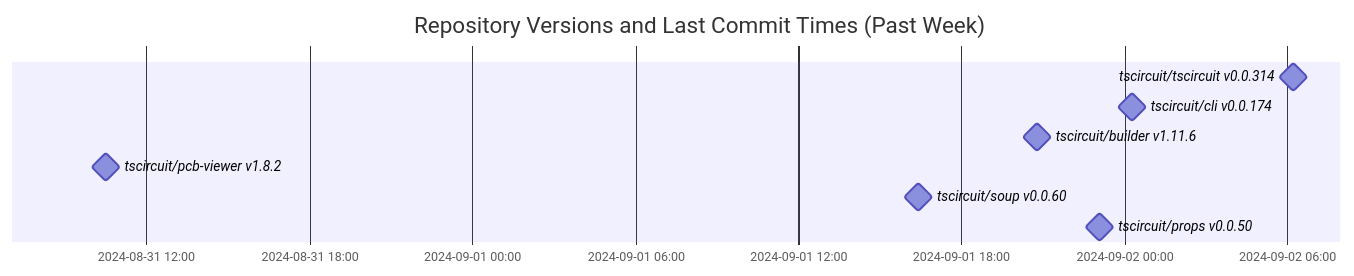
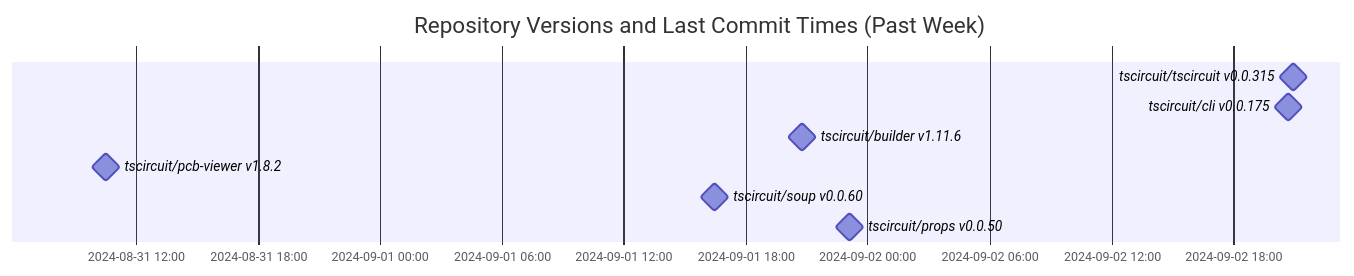
The diagram in README.md (tscircuit/version-tracker), drawn with Mermaid before and after one commit.

Commit message:
Update chart

````diff
--- a/README.md
+++ b/README.md
@@ -1,13 +1,13 @@
 ```mermaid
 gantt
   dateFormat  YYYY-MM-DD HH:mm:ss
   title Repository Versions and Last Commit Times (Past Week)
   axisFormat %Y-%m-%d %H:%M
 
-  tscircuit/tscircuit v0.0.314 : milestone, 2024-09-02 06:13:14, 1s
-  tscircuit/cli v0.0.174 : milestone, 2024-09-02 00:17:46, 1s
+  tscircuit/tscircuit v0.0.315 : milestone, 2024-09-02 20:56:47, 1s
+  tscircuit/cli v0.0.175 : milestone, 2024-09-02 20:42:15, 1s
   tscircuit/builder v1.11.6 : milestone, 2024-09-01 20:47:46, 1s
   tscircuit/pcb-viewer v1.8.2 : milestone, 2024-08-31 10:30:56, 1s
   tscircuit/soup v0.0.60 : milestone, 2024-09-01 16:26:30, 1s
   tscircuit/props v0.0.50 : milestone, 2024-09-01 23:06:28, 1s
 ```
````
